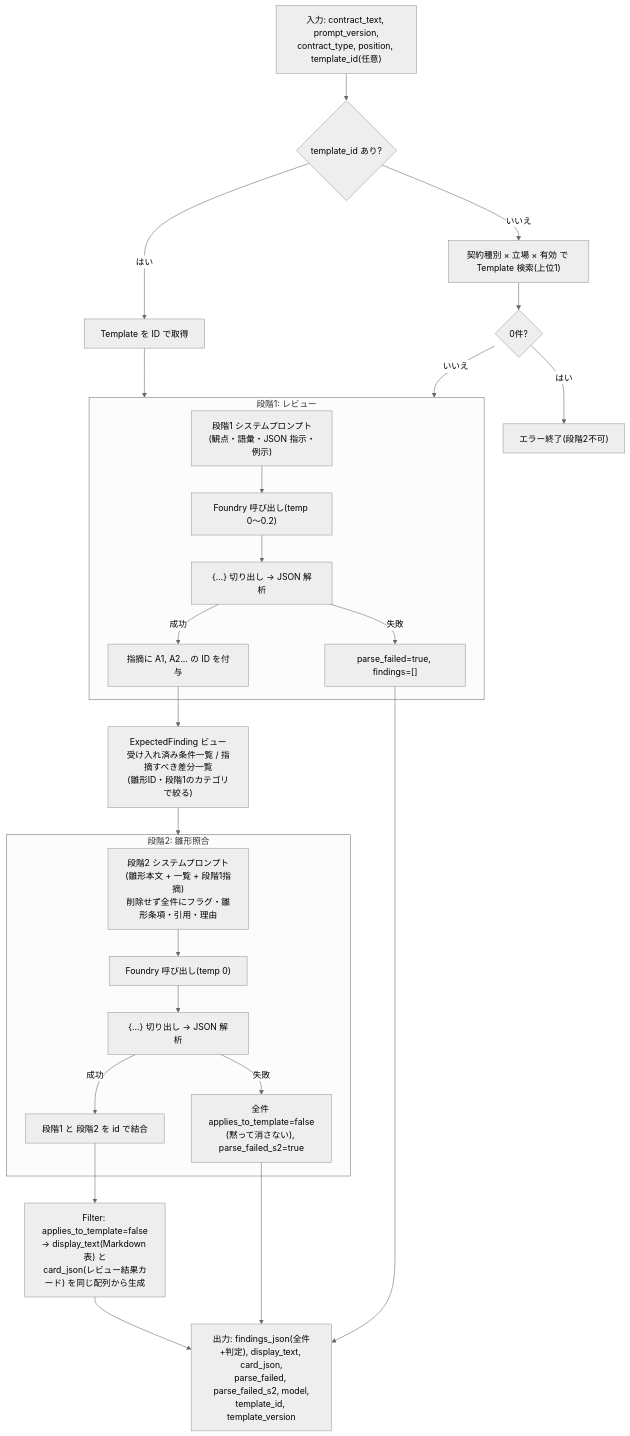
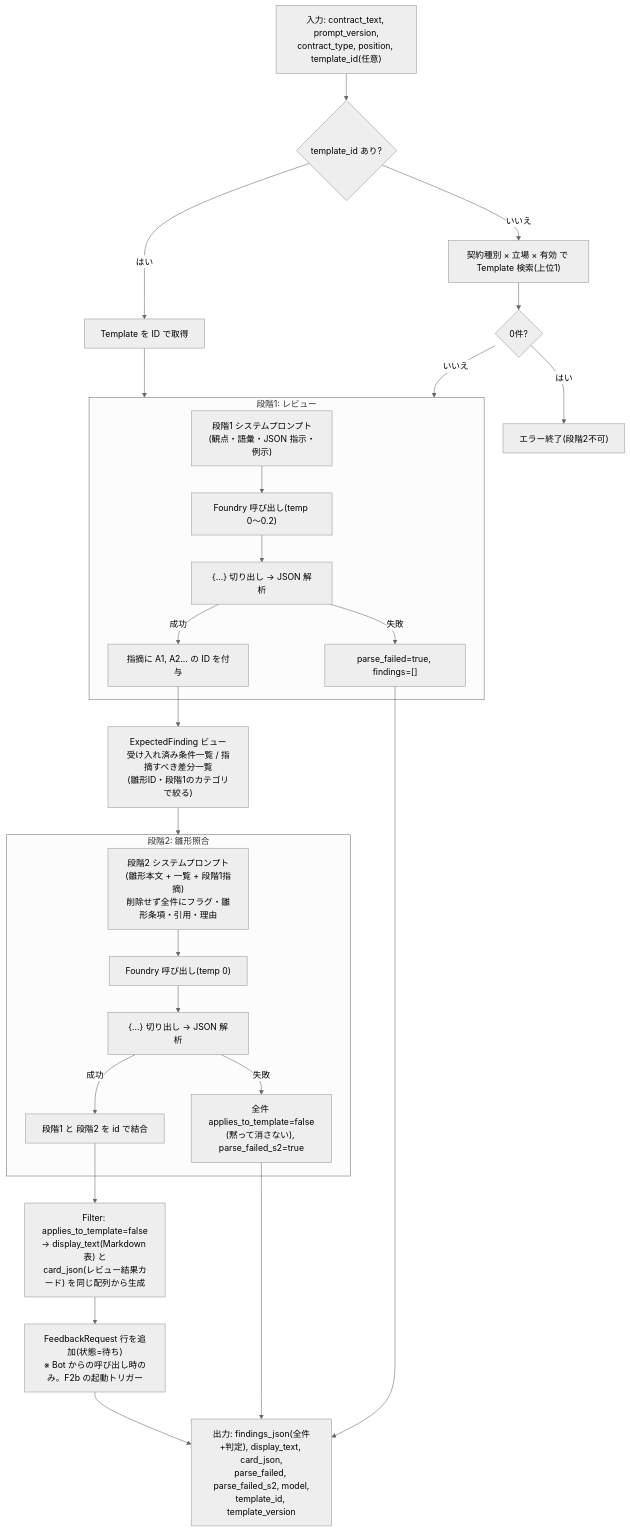
The fifth of 14 diagrams in docs/09-diagrams.md (goro012/claude_code_test), drawn with Mermaid (neutral theme) before and after one commit. The commit also changed other lines of this file and 8 other files, not shown here.

````diff
--- a/docs/09-diagrams.md
+++ b/docs/09-diagrams.md
@@ -190,32 +198,33 @@
 ```mermaid
 flowchart TD
     IN["入力: contract_text, prompt_version,\ncontract_type, position, template_id(任意)"] --> T{"template_id あり?"}
     T -->|"はい"| TG["Template を ID で取得"]
     T -->|"いいえ"| TS["契約種別 × 立場 × 有効 で Template 検索(上位1)"]
     TS --> TE{"0件?"}
     TE -->|"はい"| ERR["エラー終了(段階2不可)"]
     TE -->|"いいえ"| S1
     TG --> S1
 
     subgraph S1["段階1: レビュー"]
         P1["段階1 システムプロンプト\n(観点・語彙・JSON 指示・例示)"] --> C1["Foundry 呼び出し(temp 0〜0.2)"]
         C1 --> J1["{...} 切り出し → JSON 解析"]
         J1 -->|"失敗"| PF1["parse_failed=true, findings=[]"]
         J1 -->|"成功"| ID1["指摘に A1, A2... の ID を付与"]
     end
 
     ID1 --> ACC["ExpectedFinding ビュー\n受け入れ済み条件一覧 / 指摘すべき差分一覧\n(雛形ID・段階1のカテゴリで絞る)"]
     ACC --> S2
 
     subgraph S2["段階2: 雛形照合"]
         P2["段階2 システムプロンプト\n(雛形本文 + 一覧 + 段階1指摘)\n削除せず全件にフラグ・雛形条項・引用・理由"] --> C2["Foundry 呼び出し(temp 0)"]
         C2 --> J2["{...} 切り出し → JSON 解析"]
         J2 -->|"失敗"| PF2["全件 applies_to_template=false\n(黙って消さない), parse_failed_s2=true"]
         J2 -->|"成功"| MG["段階1 と 段階2 を id で結合"]
     end
 
     PF1 --> OUT
     PF2 --> OUT
     MG --> DISP["Filter: applies_to_template=false\n→ display_text(Markdown 表) と\ncard_json(レビュー結果カード) を同じ配列から生成"]
-    DISP --> OUT["出力: findings_json(全件+判定), display_text, card_json,\nparse_failed, parse_failed_s2, model,\ntemplate_id, template_version"]
+    DISP --> FR["FeedbackRequest 行を追加(状態=待ち)\n※ Bot からの呼び出し時のみ。F2b の起動トリガー"]
+    FR --> OUT["出力: findings_json(全件+判定), display_text, card_json,\nparse_failed, parse_failed_s2, model,\ntemplate_id, template_version"]
 ```
````
